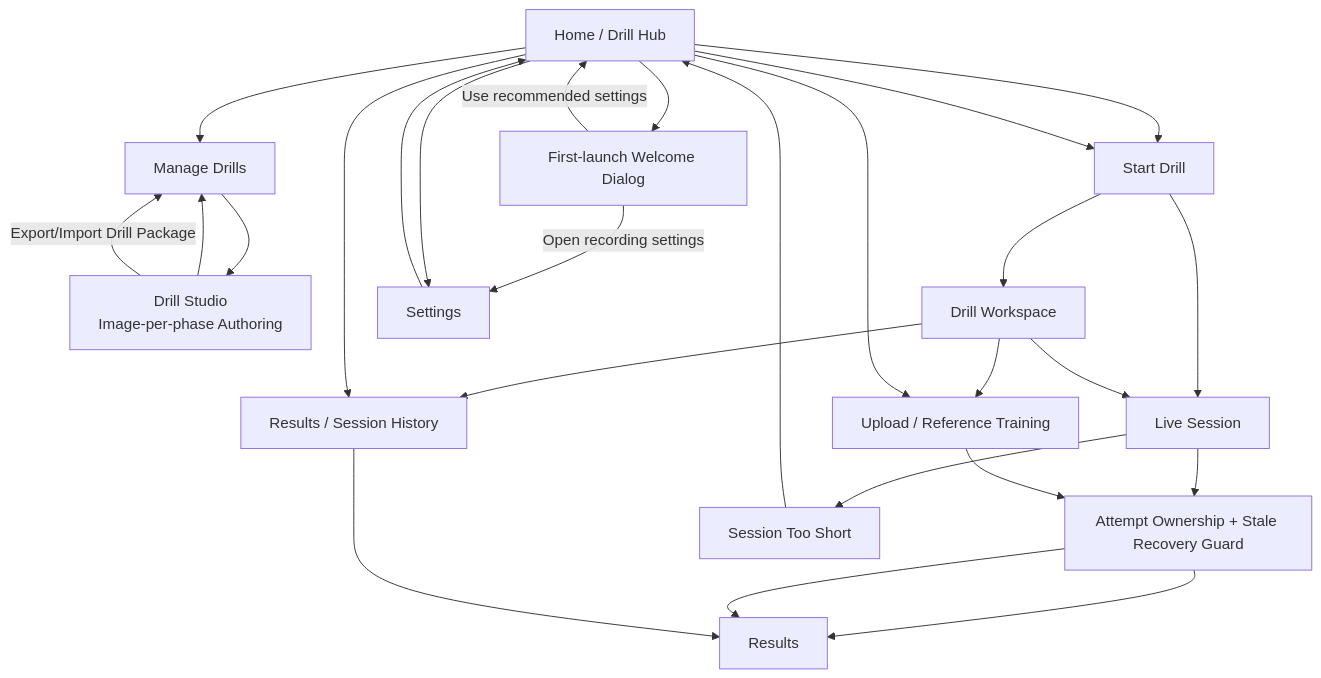
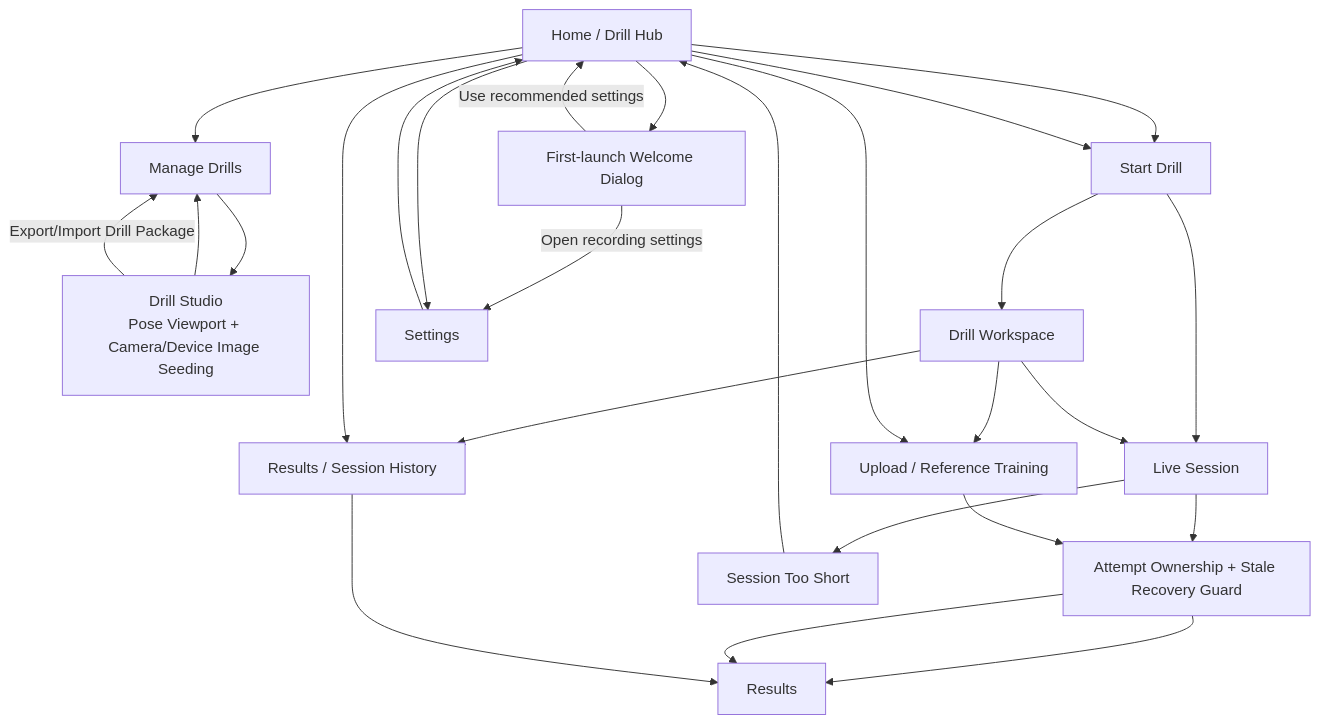
One commit to Voycepeh/CaliVision changed the diagram in docs/diagrams/ui-flow.md. Above: the diagram before and after it, drawn with Mermaid. The commit also changed 3 other files, not shown here.

Commit message:
Refine Drill Studio pose authoring viewport and image input flow

````diff
--- a/docs/diagrams/ui-flow.md
+++ b/docs/diagrams/ui-flow.md
@@ -3,39 +3,39 @@
 ```mermaid
 flowchart TD
     HOME[Home / Drill Hub]
     WELCOME[First-launch Welcome Dialog]
     START[Start Drill]
     LIVE[Live Session]
     OWNERSHIP[Attempt Ownership + Stale Recovery Guard]
     SHORT[Session Too Short]
     RESULTS[Results]
     HISTORY[Results / Session History]
 
     MANAGE[Manage Drills]
-    STUDIO[Drill Studio\nImage-per-phase Authoring]
+    STUDIO[Drill Studio\nPose Viewport + Camera/Device Image Seeding]
     WORKSPACE[Drill Workspace]
 
     UPLOAD[Upload / Reference Training]
     SETTINGS[Settings]
 
     HOME --> WELCOME
     WELCOME -->|Use recommended settings| HOME
     WELCOME -->|Open recording settings| SETTINGS
 
     HOME --> START --> LIVE
     LIVE --> OWNERSHIP --> RESULTS
     LIVE --> SHORT --> HOME
 
     HOME --> MANAGE --> STUDIO --> MANAGE
     STUDIO -->|Export/Import Drill Package| MANAGE
     HOME --> START --> WORKSPACE
     WORKSPACE --> LIVE
     WORKSPACE --> UPLOAD
     WORKSPACE --> HISTORY
 
     HOME --> UPLOAD --> OWNERSHIP --> RESULTS
     HOME --> HISTORY
     HISTORY --> RESULTS
 
     HOME --> SETTINGS --> HOME
 ```
````
